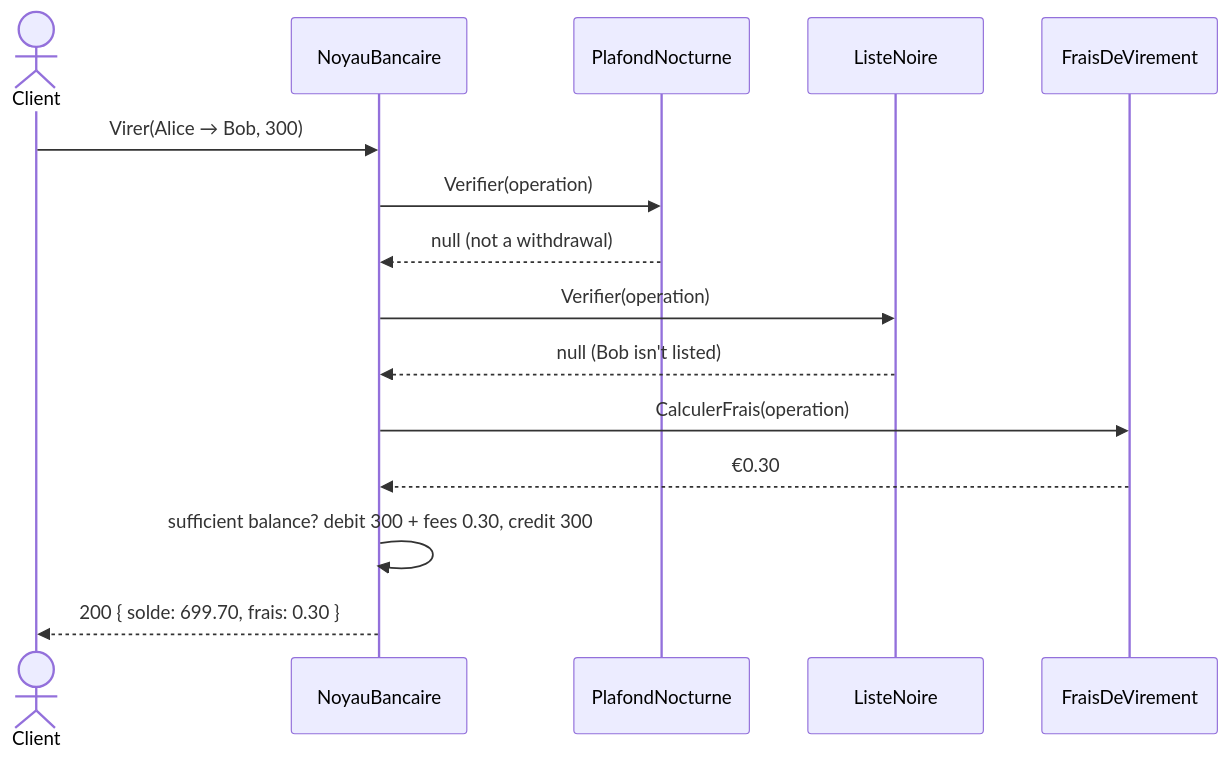
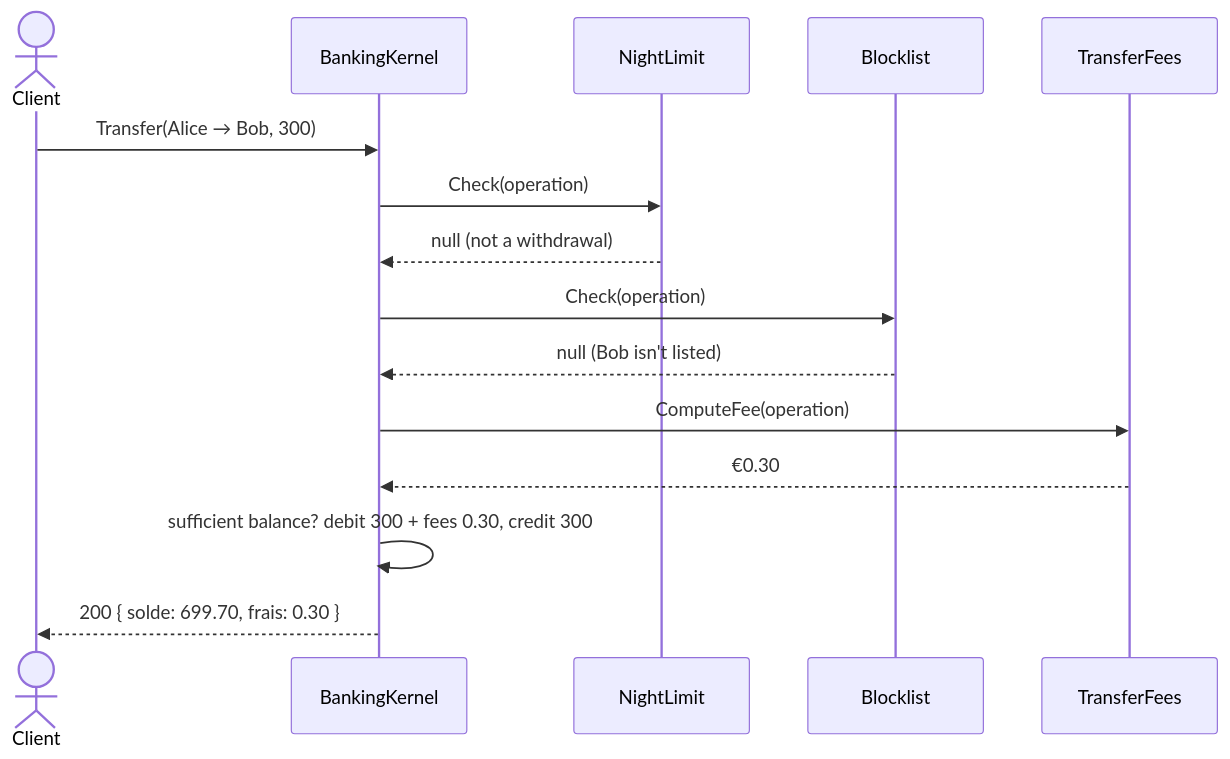
One commit to drangoht/ArchitecturesDemo changed the fourth of 5 diagrams in Docs/en/13-microkernel.md. Above: the diagram before and after it, drawn with Mermaid. The commit also changed other lines of this file and 78 other files, not shown here.

First line of the commit message:
Docs EN : identifiants, liens, diagrammes et sorties alignés sur le code anglais

````diff
--- a/Docs/en/13-microkernel.md
+++ b/Docs/en/13-microkernel.md
@@ -249,17 +249,17 @@
 ```mermaid
 sequenceDiagram
     actor Client
-    participant N as NoyauBancaire
-    participant C1 as PlafondNocturne
-    participant C2 as ListeNoire
-    participant F as FraisDeVirement
-    Client->>N: Virer(Alice → Bob, 300)
-    N->>C1: Verifier(operation)
+    participant N as BankingKernel
+    participant C1 as NightLimit
+    participant C2 as Blocklist
+    participant F as TransferFees
+    Client->>N: Transfer(Alice → Bob, 300)
+    N->>C1: Check(operation)
     C1-->>N: null (not a withdrawal)
-    N->>C2: Verifier(operation)
+    N->>C2: Check(operation)
     C2-->>N: null (Bob isn't listed)
-    N->>F: CalculerFrais(operation)
+    N->>F: ComputeFee(operation)
     F-->>N: €0.30
     N->>N: sufficient balance? debit 300 + fees 0.30, credit 300
     N-->>Client: 200 { solde: 699.70, frais: 0.30 }
 ```
````
